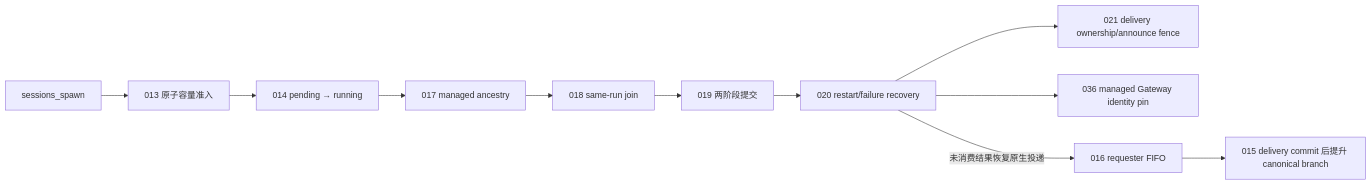
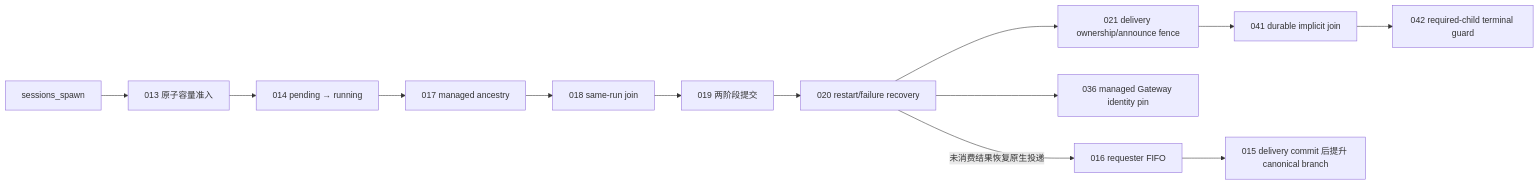
One commit to liangxhao/JustDo changed the diagram in scripts/patches/v2026.7.1-2/README.md. Above: the diagram before and after it, drawn with Mermaid. The commit also changed other lines of this file and 9 other files, not shown here.

Commit message:
fix(engine): join required subagents before finalizing

````diff
--- a/scripts/patches/v2026.7.1-2/README.md
+++ b/scripts/patches/v2026.7.1-2/README.md
@@ -55,13 +55,15 @@
 ```mermaid
 flowchart LR
   Spawn[sessions_spawn] --> Admission[013 原子容量准入]
   Admission --> Lifecycle[014 pending → running]
   Lifecycle --> Classify[017 managed ancestry]
   Classify --> Join[018 same-run join]
   Join --> Commit[019 两阶段提交]
   Commit --> Recovery[020 restart/failure recovery]
   Recovery --> Fence[021 delivery ownership/announce fence]
+  Fence --> ImplicitJoin[041 durable implicit join]
+  ImplicitJoin --> TerminalGuard[042 required-child terminal guard]
   Recovery --> Identity[036 managed Gateway identity pin]
   Recovery -->|未消费结果恢复原生投递| Queue[016 requester FIFO]
   Queue --> Promote[015 delivery commit 后提升 canonical branch]
 ```
````
